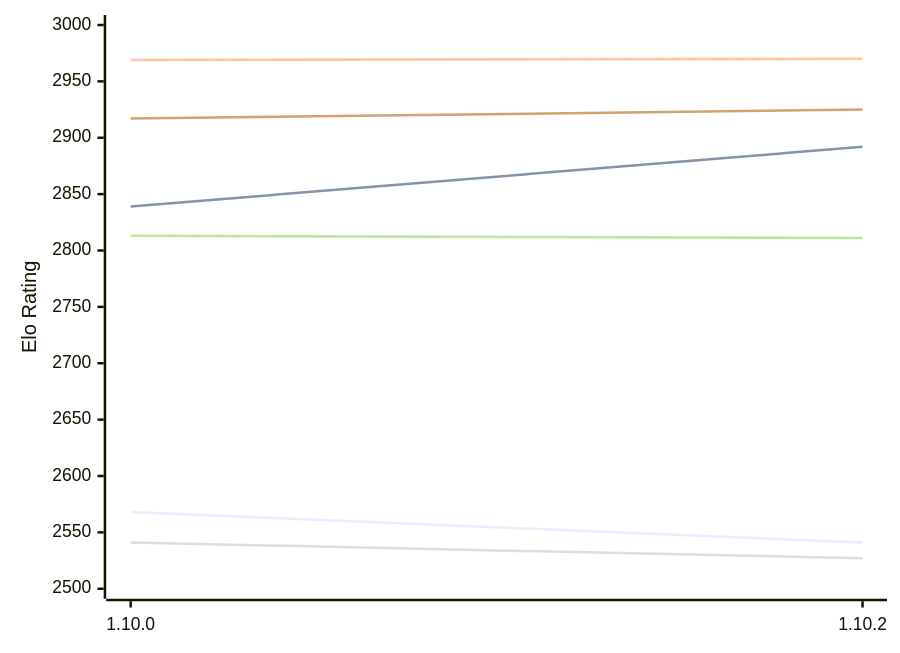
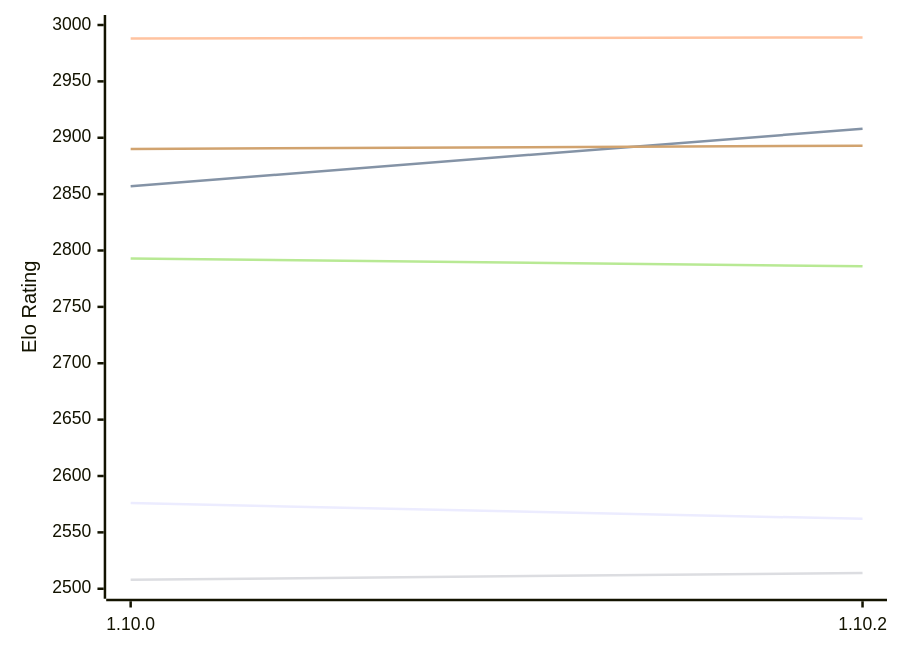
Before and after one commit to computer-chess-index/cci: the first of 2 diagrams in engines/Basilisk.md, drawn with Mermaid. The commit also changed other lines of this file, not shown here.

Commit message:
Update CCI Ratings (ELO VLTC) - 2026-11-14

````diff
--- a/engines/Basilisk.md
+++ b/engines/Basilisk.md
@@ -61,12 +61,12 @@
 ```mermaid
 %%{init: {"theme":"base","themeVariables":{"seriesColors:['#a3a3a3','#222221','#faa371']}}}%%
 xychart-beta
   x-axis ["1.10.0", "1.10.2"]
   y-axis "Elo Rating" 2500 --> 3000
-  line "E1: STC (8.0+0.08s)" [2568, 2541]
-  line "E1: LTC (60.0+0.60s)" [2839, 2892]
-  line "E1: VLTC (2m24s+1.12s)" [2969, 2970]
-  line "P1: STC (8.0+0.08s)" [2541, 2527]
-  line "P1: LTC (60.0+0.60s)" [2813, 2811]
-  line "P1: VLTC (2m24s+1.12s)" [2917, 2925]
+  line "E1: STC (8.0+0.08s)" [2576, 2562]
+  line "E1: LTC (60.0+0.60s)" [2857, 2908]
+  line "E1: VLTC (2m24s+1.12s)" [2988, 2989]
+  line "P1: STC (8.0+0.08s)" [2508, 2514]
+  line "P1: LTC (60.0+0.60s)" [2793, 2786]
+  line "P1: VLTC (2m24s+1.12s)" [2890, 2893]
 ```
````
